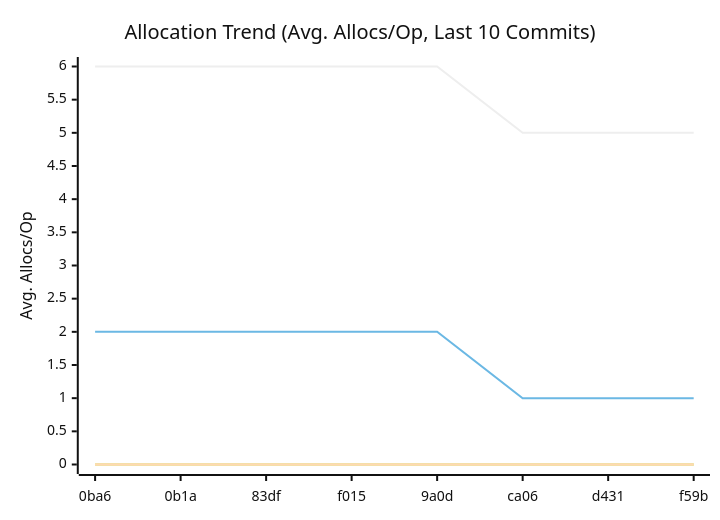
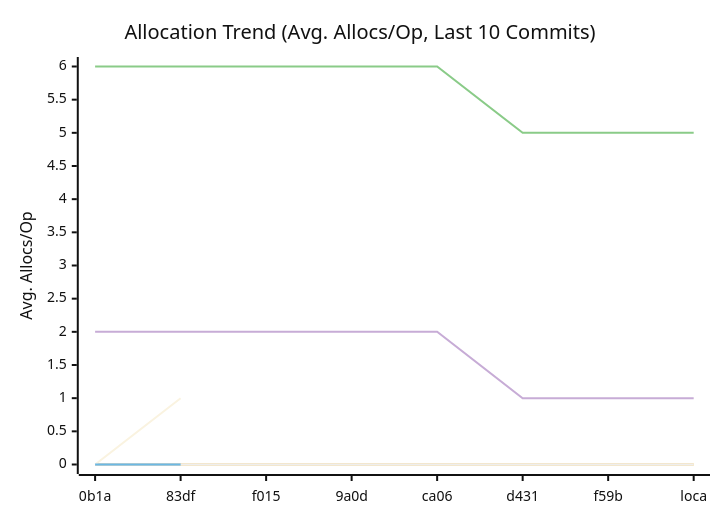
The third of 3 diagrams in docs/PERFORMANCE.md (alsotoes/momo), drawn with Mermaid (neutral theme) before and after one commit. The commit also changed other lines of this file and 3 other files, not shown here.

````diff
--- a/docs/PERFORMANCE.md
+++ b/docs/PERFORMANCE.md
@@ -107,19 +122,21 @@
 ```mermaid
 xychart-beta
     title "Allocation Trend (Avg. Allocs/Op, Last 10 Commits)"
     x-axis "Commit"
     y-axis "Avg. Allocs/Op"
-    x-axis [0ba6,0b1a,83df,f015,9a0d,ca06,d431,f59b]
+    x-axis [0b1a,83df,f015,9a0d,ca06,d431,f59b,loca]
     line "CheckMetricsAndSwap" [0,0,0,0,0,0,0,0,0,0]
-    line "CheckMetricsAndSwap" [0]
+    line "CheckMetricsAndSwap" [0,0]
+    line "CrushOptimized" [0]
+    line "CrushOriginal" [3]
     line "IndexDirectTracking" [0,0,0,0,0,0,0,0,0,0]
-    line "IndexDirectTracking" [0]
+    line "IndexDirectTracking" [0,0]
     line "IndexSearch" [0,0,0,0,0,0,0,0,0,0]
-    line "IndexSearch" [0]
+    line "IndexSearch" [0,0]
     line "LoadGlobalConfig" [0,0,0,0,0,0,0,0,0,0]
-    line "LoadGlobalConfig" [0]
+    line "LoadGlobalConfig" [0,1]
     line "PadString" [0,0,0,0,0,0,0,0,0,0]
-    line "PadString" [0]
+    line "PadString" [0,0]
     line "ParseReplicationOrder_NoPrealloc" [6,6,6,6,6,5,5,5,5,5]
     line "ParseReplicationOrder_Prealloc" [2,2,2,2,2,1,1,1,1,1]
 ```
````
